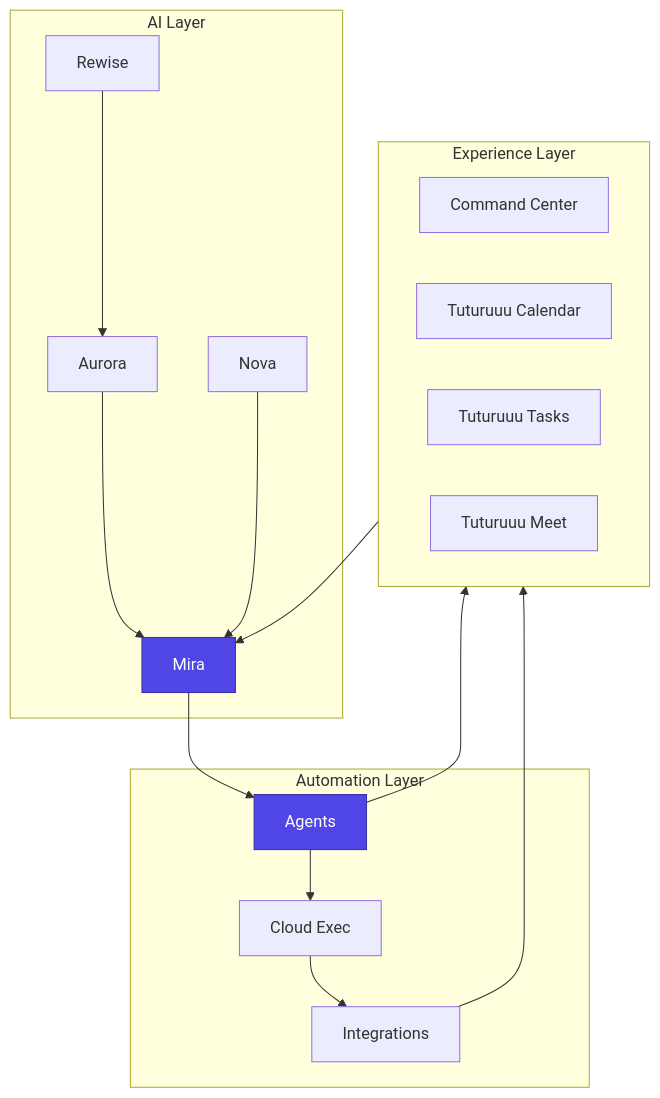
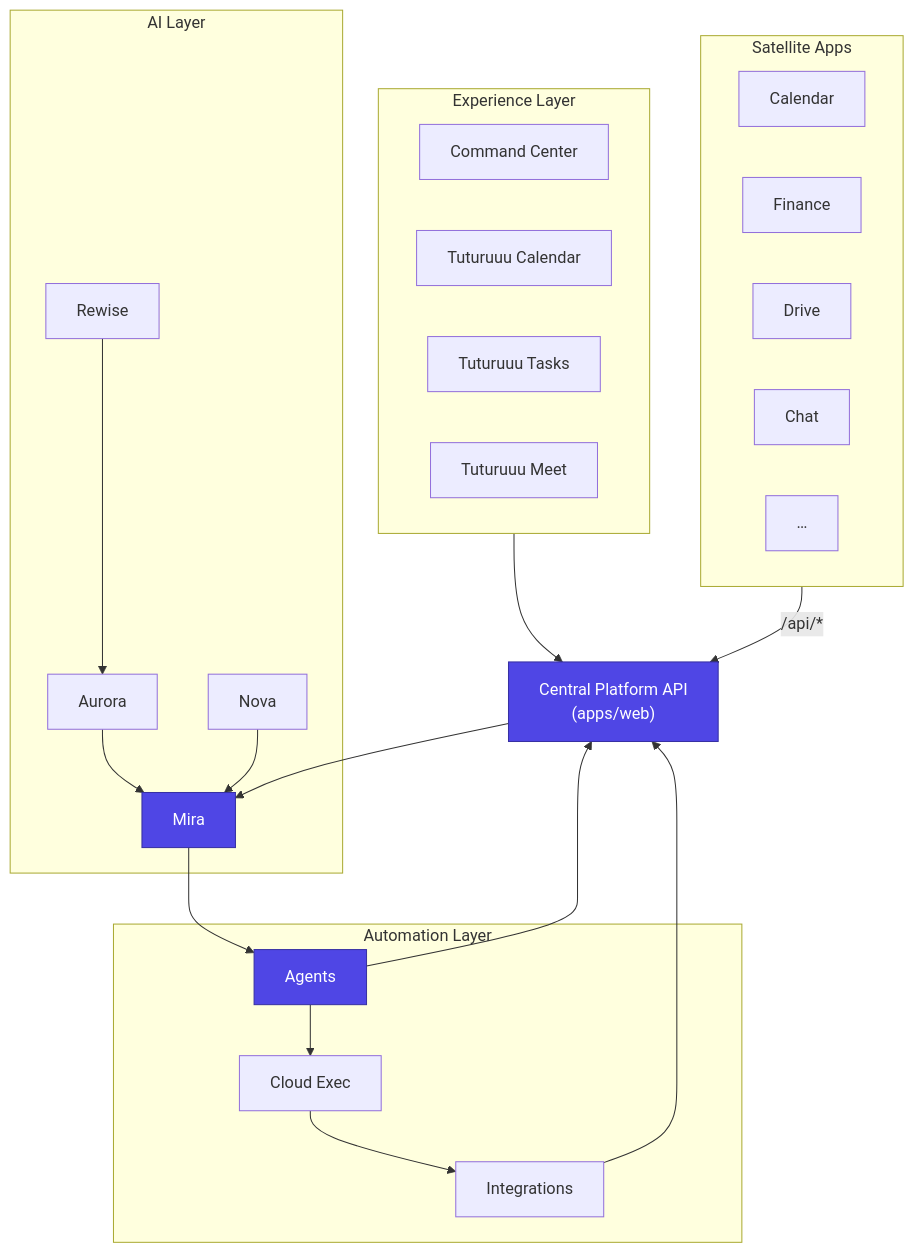
Before and after one commit to mad-code333/tuturu: the diagram in apps/docs/platform/overview.mdx, drawn with Mermaid. The commit also changed other lines of this file and 14 other files, not shown here.

````diff
--- a/apps/docs/platform/overview.mdx
+++ b/apps/docs/platform/overview.mdx
@@ -20,35 +45,48 @@
 ```mermaid
 graph TB
+    subgraph Apps["Satellite Apps"]
+        Cal["Calendar"]
+        Fin["Finance"]
+        Drive["Drive"]
+        Chat["Chat"]
+        More["…"]
+    end
+
     subgraph Experience["Experience Layer"]
         CC["Command Center"]
         TuPlan["Tuturuuu Calendar"]
         TuDo["Tuturuuu Tasks"]
         TuMeet["Tuturuuu Meet"]
     end
+
+    Core["Central Platform API<br/>(apps/web)"]
 
     subgraph AI["AI Layer"]
         Mira["Mira"]
         Aurora["Aurora"]
         Nova["Nova"]
         Rewise["Rewise"]
     end
 
     subgraph Auto["Automation Layer"]
         Agents["Agents"]
         Cloud["Cloud Exec"]
         Int["Integrations"]
     end
 
-    Experience --> Mira
+    Apps -->|/api/*| Core
+    Experience --> Core
+    Core --> Mira
     Mira --> Agents
-    Agents --> Experience
+    Agents --> Core
     Aurora --> Mira
     Nova --> Mira
     Rewise --> Aurora
     Agents --> Cloud
     Cloud --> Int
-    Int --> Experience
+    Int --> Core
 
     style Mira fill:#4f46e5,stroke:#3730a3,color:#fff
     style Agents fill:#4f46e5,stroke:#3730a3,color:#fff
+    style Core fill:#4f46e5,stroke:#3730a3,color:#fff
 ```
````
